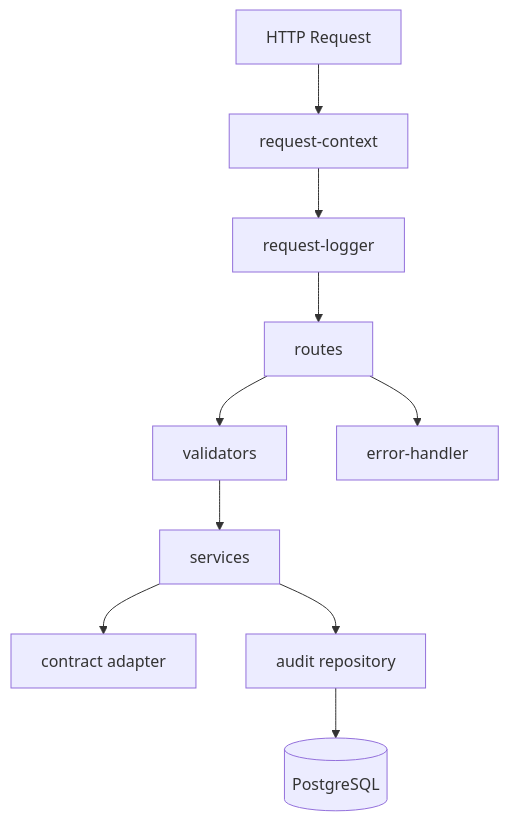
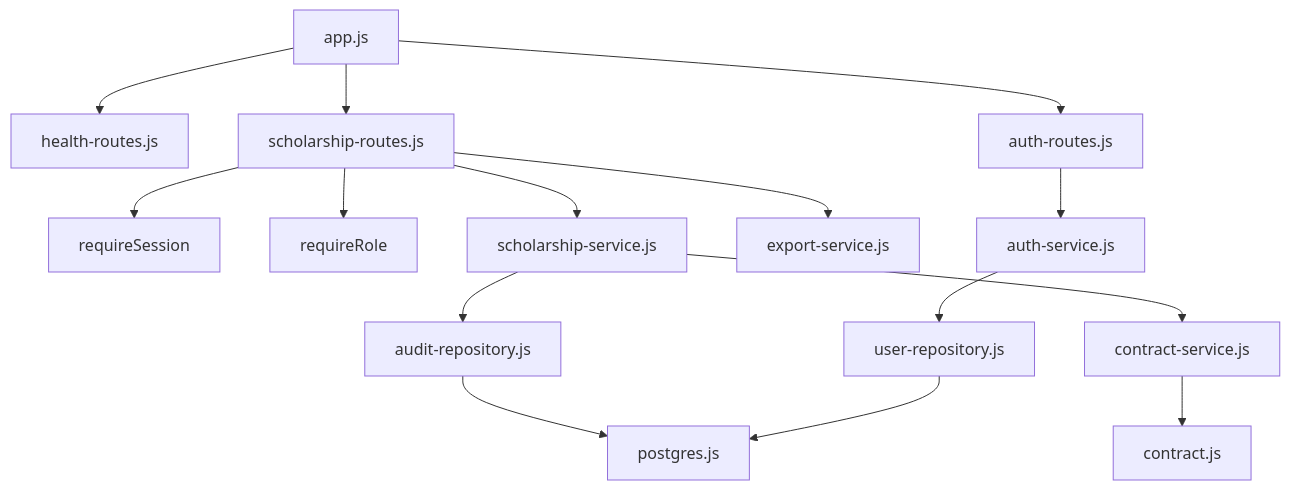
The first of 2 diagrams in docs/backend.md (ahmedelbamby-aast/ScholarshipDisbursement), drawn with Mermaid before and after one commit. The commit also changed other lines of this file and 60 other files, not shown here.

````diff
--- a/docs/backend.md
+++ b/docs/backend.md
@@ -17,12 +14,21 @@
 ```mermaid
 flowchart TD
-  REQ[HTTP Request] --> MW1[request-context]
-  MW1 --> MW2[request-logger]
-  MW2 --> RT[routes]
-  RT --> VAL[validators]
-  VAL --> SVC[services]
-  SVC --> CHAIN[contract adapter]
-  SVC --> REPO[audit repository]
-  REPO --> PG[(PostgreSQL)]
-  RT --> ERR[error-handler]
+  App[app.js] --> Health[health-routes.js]
+  App --> Auth[auth-routes.js]
+  App --> Scholarship[scholarship-routes.js]
+
+  Scholarship --> Sess[requireSession]
+  Scholarship --> Role[requireRole]
+  Scholarship --> Svc[scholarship-service.js]
+  Scholarship --> ExportSvc[export-service.js]
+
+  Auth --> AuthSvc[auth-service.js]
+  AuthSvc --> UserRepo[user-repository.js]
+
+  Svc --> ContractSvc[contract-service.js]
+  Svc --> AuditRepo[audit-repository.js]
+
+  ContractSvc --> ContractAdapter[contract.js]
+  AuditRepo --> Pg[postgres.js]
+  UserRepo --> Pg
 ```
````
